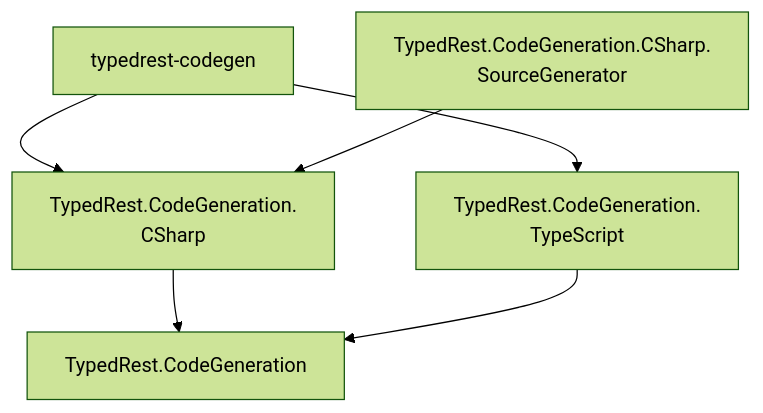
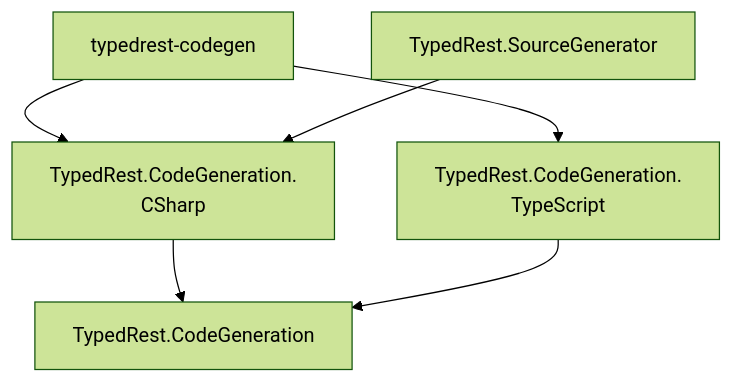
One commit to TypedRest/CodeGeneration changed the diagram in doc/index.md. Above: the diagram before and after it, drawn with Mermaid (forest theme). The commit also changed other lines of this file and 19 other files, not shown here.

Commit message:
Renamed TypedRest.CodeGeneration.CSharp.SourceGenerator to TypedRest.SourceGenerator

````diff
--- a/doc/index.md
+++ b/doc/index.md
@@ -36,9 +36,9 @@
 ```mermaid
 flowchart TD
     cli["typedrest-codegen"] --> csharp
     cli --> typescript
-    sourcegen["TypedRest.CodeGeneration.CSharp.<br>SourceGenerator"] --> csharp
+    sourcegen["TypedRest.SourceGenerator"] --> csharp
     csharp["TypedRest.CodeGeneration.<br>CSharp"] --> core
     typescript["TypedRest.CodeGeneration.<br>TypeScript"] --> core
     core["TypedRest.CodeGeneration"]
 ```
````
